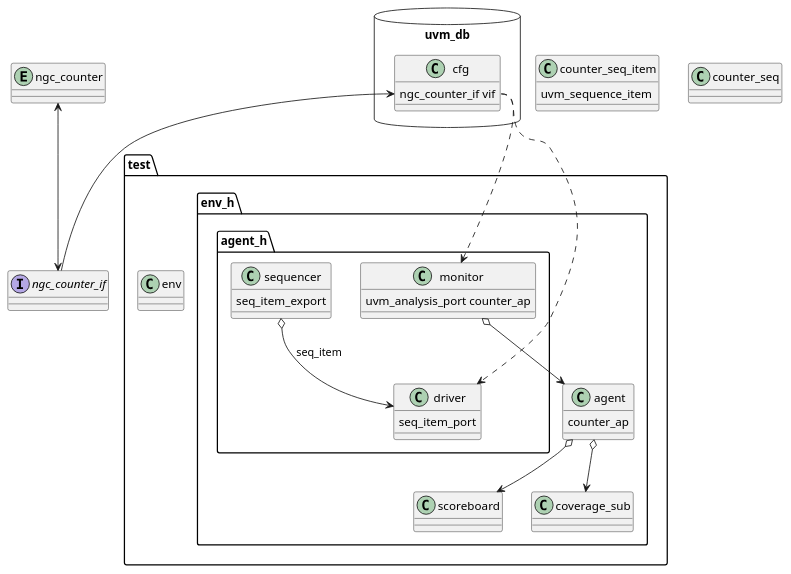
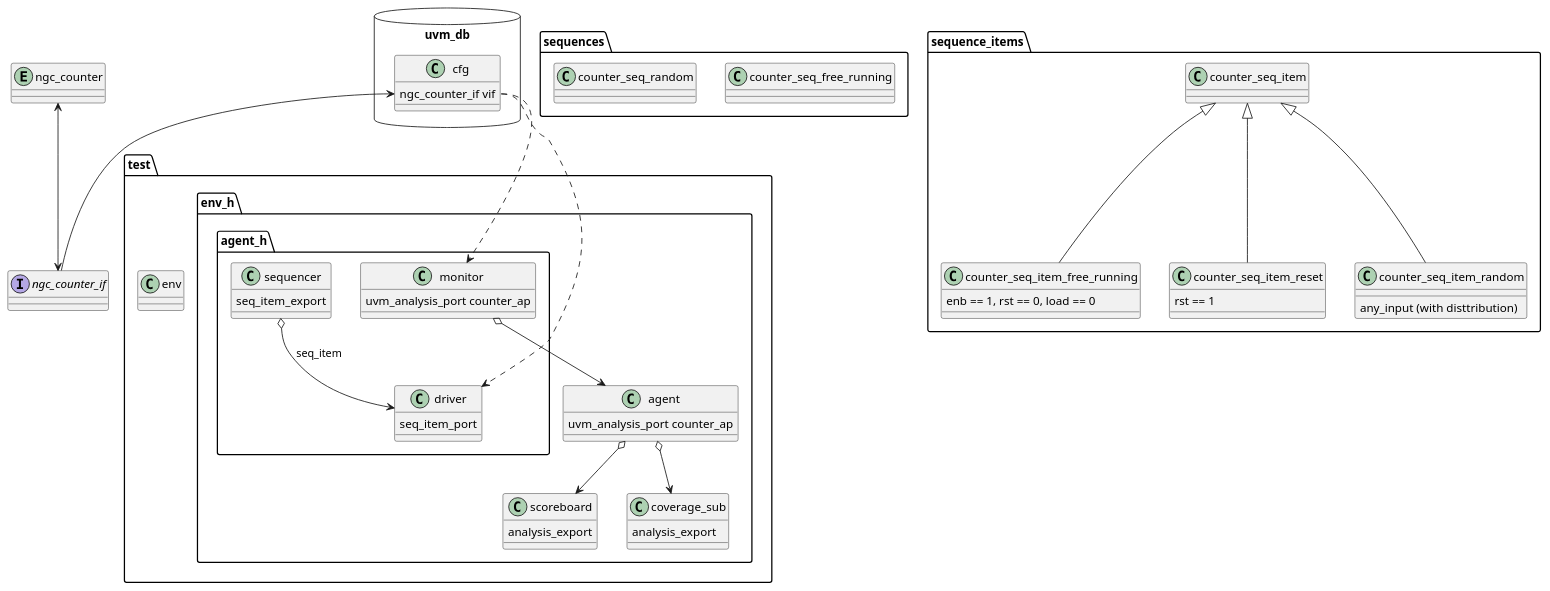
Before and after one commit to ncotti/ngc_modules: the diagram in doc/diagram.puml, drawn with PlantUML. The commit also changed 5 other files, not shown here.

```diff
--- a/doc/diagram.puml
+++ b/doc/diagram.puml
@@ -1,57 +1,76 @@
-@startuml
+@startuml testbench
 
 entity ngc_counter
 interface ngc_counter_if
 
 package uvm_db <<Database>> {
     class cfg {
         ngc_counter_if vif
     }
 }
 
 package test {
-    class env
+    class env {}
 }
 
 package test.env_h {
 
-    class scoreboard
-    class coverage_sub
+    class scoreboard {
+        analysis_export
+    }
+    class coverage_sub {
+        analysis_export
+    }
     class agent {
-        counter_ap
+        uvm_analysis_port counter_ap
     }
 
 }
 
 package test.env_h.agent_h {
     class monitor {
         uvm_analysis_port counter_ap
     }
     class driver {
         seq_item_port
     }
     class sequencer {
         seq_item_export
     }
 
 }
 
-class counter_seq_item {
-    uvm_sequence_item
+package sequences {
+    class counter_seq_free_running {}
+    class counter_seq_random {}
 }
 
-class counter_seq {
+package sequence_items {
+    class counter_seq_item {}
+    class counter_seq_item_reset {
+        rst == 1
+    }
+    class counter_seq_item_random {
+        any_input (with disttribution)
+    }
+    class counter_seq_item_free_running {
+        enb == 1, rst == 0, load == 0
+    }
 }
 
 ngc_counter <--> ngc_counter_if
 cfg::ngc_counter_if <-- ngc_counter_if
 cfg::ngc_counter_if ..> driver
 cfg::ngc_counter_if ..> monitor
 
 sequencer o--> driver : seq_item
 monitor o--> agent
 
 agent o--> coverage_sub
 agent o--> scoreboard
 
+counter_seq_item <|-- counter_seq_item_reset
+counter_seq_item <|-- counter_seq_item_free_running
+counter_seq_item <|-- counter_seq_item_random
+
 @enduml
```
